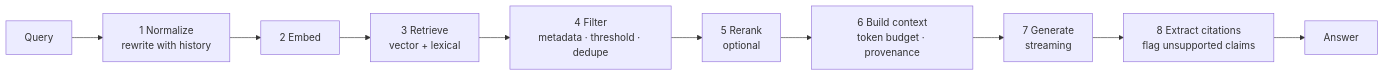
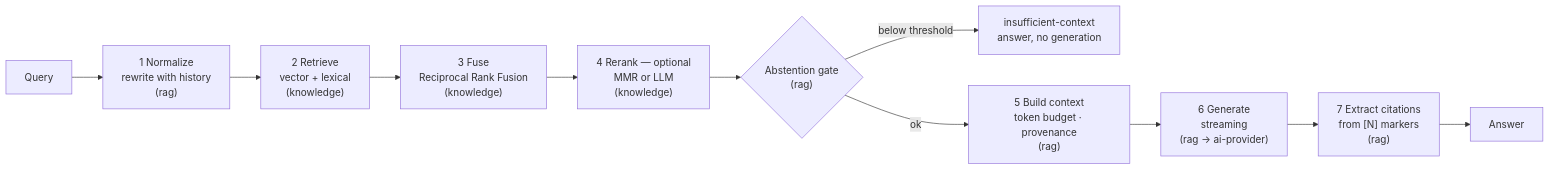
The first of 3 diagrams in docs/architecture.md (Fragudev/ai-engineering-lab), drawn with Mermaid before and after one commit. The commit also changed other lines of this file and 53 other files, not shown here.

````diff
--- a/docs/architecture.md
+++ b/docs/architecture.md
@@ -348,12 +356,13 @@
 ```mermaid
 flowchart LR
-    Q[Query] --> N[1 Normalize<br/>rewrite with history]
-    N --> E[2 Embed]
-    E --> R[3 Retrieve<br/>vector + lexical]
-    R --> F[4 Filter<br/>metadata · threshold · dedupe]
-    F --> RR[5 Rerank<br/>optional]
-    RR --> C[6 Build context<br/>token budget · provenance]
-    C --> G[7 Generate<br/>streaming]
-    G --> CE[8 Extract citations<br/>flag unsupported claims]
+    Q[Query] --> N["1 Normalize<br/>rewrite with history<br/>(rag)"]
+    N --> R["2 Retrieve<br/>vector + lexical<br/>(knowledge)"]
+    R --> F["3 Fuse<br/>Reciprocal Rank Fusion<br/>(knowledge)"]
+    F --> RR["4 Rerank — optional<br/>MMR or LLM<br/>(knowledge)"]
+    RR --> AB{"Abstention gate<br/>(rag)"}
+    AB -->|below threshold| DECLINE["insufficient-context<br/>answer, no generation"]
+    AB -->|ok| C["5 Build context<br/>token budget · provenance<br/>(rag)"]
+    C --> G["6 Generate<br/>streaming<br/>(rag → ai-provider)"]
+    G --> CE["7 Extract citations<br/>from [N] markers<br/>(rag)"]
     CE --> A[Answer]
 ```
````
